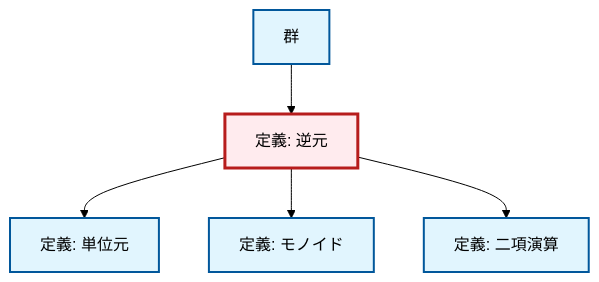
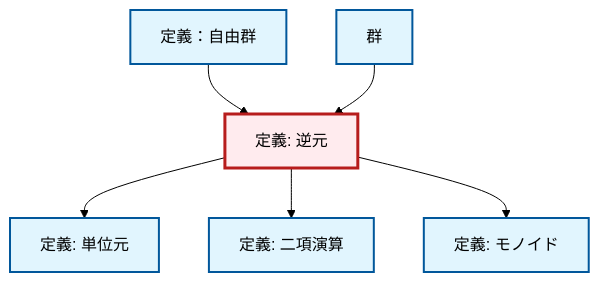
The diagram in content/ja/algebra/def-inverse-element.qmd (RK0429/ModernMath), drawn with Mermaid (forest theme) before and after one commit. The commit also changed other lines of this file and 1012 other files, not shown here.

````diff
--- a/content/ja/algebra/def-inverse-element.qmd
+++ b/content/ja/algebra/def-inverse-element.qmd
@@ -84,23 +84,26 @@
 ```{mermaid}
 %%| fig-cap: "Local dependency graph"
 graph TD
     classDef definition fill:#e1f5fe,stroke:#01579b,stroke-width:2px
     classDef theorem fill:#f3e5f5,stroke:#4a148c,stroke-width:2px
     classDef axiom fill:#fff3e0,stroke:#e65100,stroke-width:2px
     classDef example fill:#e8f5e9,stroke:#1b5e20,stroke-width:2px
     classDef current fill:#ffebee,stroke:#b71c1c,stroke-width:3px
+    def-identity-element["定義: 単位元"]:::definition
+    def-binary-operation["定義: 二項演算"]:::definition
     def-inverse-element["定義: 逆元"]:::definition
-    def-binary-operation["定義: 二項演算"]:::definition
-    def-identity-element["定義: 単位元"]:::definition
+    def-free-group["定義：自由群"]:::definition
     def-monoid["定義: モノイド"]:::definition
     def-group["群"]:::definition
     def-inverse-element --> def-identity-element
+    def-free-group --> def-inverse-element
+    def-inverse-element --> def-binary-operation
     def-inverse-element --> def-monoid
-    def-inverse-element --> def-binary-operation
     def-group --> def-inverse-element
     class def-inverse-element current
+    click def-identity-element "def-identity-element.html" "単位元の定義へ"
     click def-binary-operation "def-binary-operation.html" "二項演算の定義へ"
-    click def-identity-element "def-identity-element.html" "単位元の定義へ"
+    click def-free-group "def-free-group.html" "定義：自由群へ"
     click def-monoid "def-monoid.html" "モノイドの定義へ"
     click def-group "def-group.html" "群へ"
 ```
````
